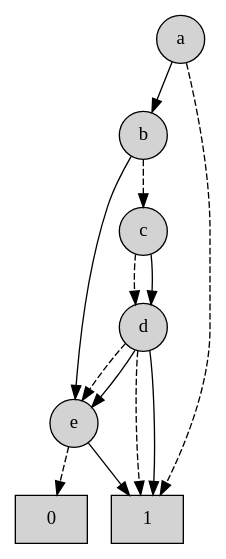
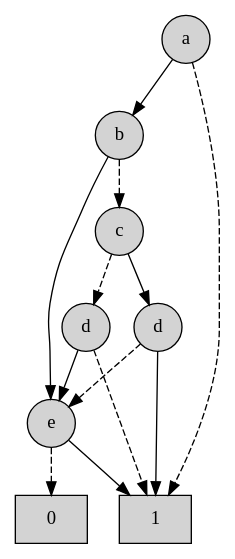
Before and after one commit to Alan-Jowett/dagir: the diagram in samples/expression_bdd_dot/complex.dot, drawn with Graphviz. The commit also changed 86 other files, not shown here.

```diff
--- a/samples/expression_bdd_dot/complex.dot
+++ b/samples/expression_bdd_dot/complex.dot
@@ -1,23 +1,23 @@
 digraph bdd {
   rankdir=TB;
-  "a" [label = "a", style = "filled", name = "a", shape = "circle"];
-  "b" [label = "b", style = "filled", name = "b", shape = "circle"];
-  "c" [label = "c", style = "filled", name = "c", shape = "circle"];
-  "d" [label = "d", style = "filled", name = "d", shape = "circle"];
-  "d" [label = "d", style = "filled", name = "d", shape = "circle"];
-  "e" [label = "e", style = "filled", name = "e", shape = "circle"];
-  "node7" [label = "0", style = "filled", name = "node7", shape = "box", fillcolor = "lightgray"];
-  "node8" [label = "1", style = "filled", name = "node8", shape = "box", fillcolor = "lightgray"];
-  "a" -> "b" [style = "solid"];
-  "a" -> "node8" [style = "dashed"];
-  "b" -> "c" [style = "dashed"];
-  "b" -> "e" [style = "solid"];
-  "c" -> "d" [style = "dashed"];
-  "c" -> "d" [style = "solid"];
-  "d" -> "e" [style = "dashed"];
-  "d" -> "e" [style = "solid"];
-  "d" -> "node8" [style = "dashed"];
-  "d" -> "node8" [style = "solid"];
-  "e" -> "node7" [style = "dashed"];
-  "e" -> "node8" [style = "solid"];
+  "node000" [label = "a", style = "filled", name = "node000", shape = "circle"];
+  "node001" [label = "b", style = "filled", name = "node001", shape = "circle"];
+  "node002" [label = "c", style = "filled", name = "node002", shape = "circle"];
+  "node003" [label = "d", style = "filled", name = "node003", shape = "circle"];
+  "node004" [label = "d", style = "filled", name = "node004", shape = "circle"];
+  "node005" [label = "e", style = "filled", name = "node005", shape = "circle"];
+  "node006" [label = "0", style = "filled", name = "node006", shape = "box", fillcolor = "lightgray"];
+  "node007" [label = "1", style = "filled", name = "node007", shape = "box", fillcolor = "lightgray"];
+  "node000" -> "node001" [style = "solid"];
+  "node000" -> "node007" [style = "dashed"];
+  "node001" -> "node002" [style = "dashed"];
+  "node001" -> "node005" [style = "solid"];
+  "node002" -> "node003" [style = "dashed"];
+  "node002" -> "node004" [style = "solid"];
+  "node003" -> "node005" [style = "solid"];
+  "node003" -> "node007" [style = "dashed"];
+  "node004" -> "node005" [style = "dashed"];
+  "node004" -> "node007" [style = "solid"];
+  "node005" -> "node006" [style = "dashed"];
+  "node005" -> "node007" [style = "solid"];
 }
```
